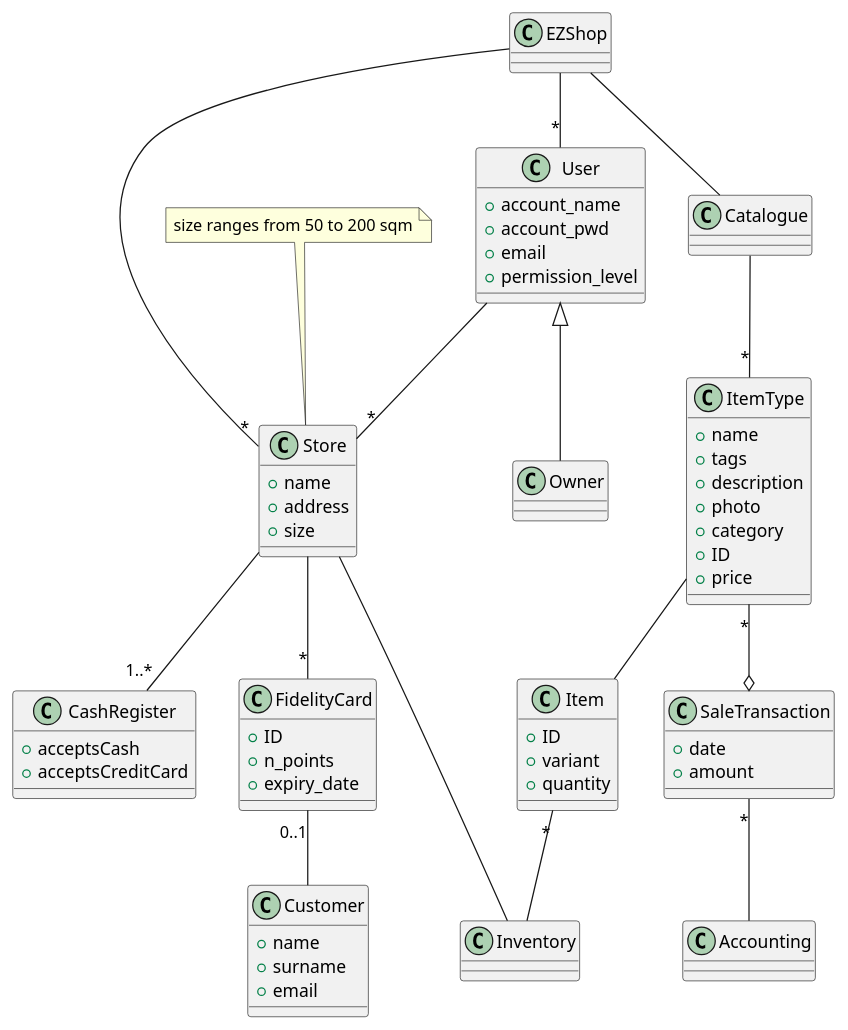
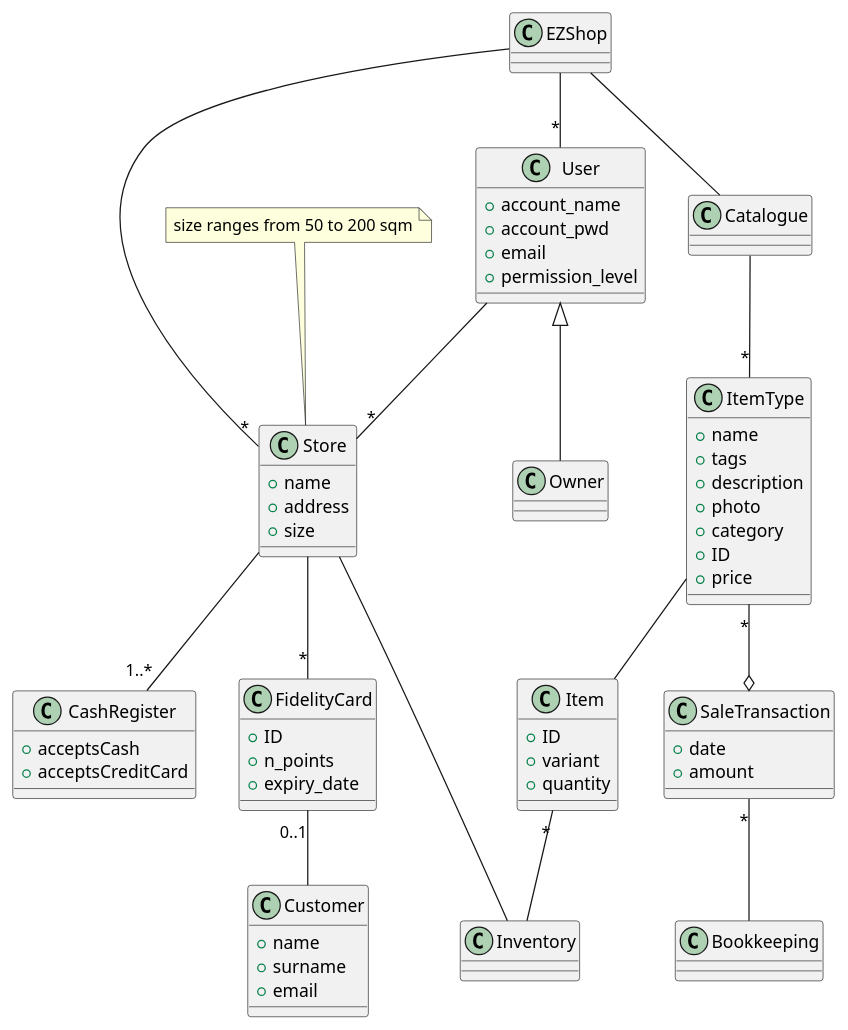
Before and after one commit to mspronesti/ezshop: the third of 5 diagrams in Deliverables/RequirementsDocument.md, drawn with PlantUML.

Commit message:
docs: rename Accounting to Bookkeeping

```diff
--- a/Deliverables/RequirementsDocument.md
+++ b/Deliverables/RequirementsDocument.md
@@ -476,7 +476,7 @@
 class Inventory {	
 }
 
-class Accounting{
+class Bookkeeping{
 }
 
 class SaleTransaction{
@@ -484,7 +484,7 @@
   + amount
 }
 ItemType "*" --o SaleTransaction
-SaleTransaction "*" -- Accounting
+SaleTransaction "*" -- Bookkeeping
 
 Owner -up-|> User
 EZShop -- "*" Store
```
